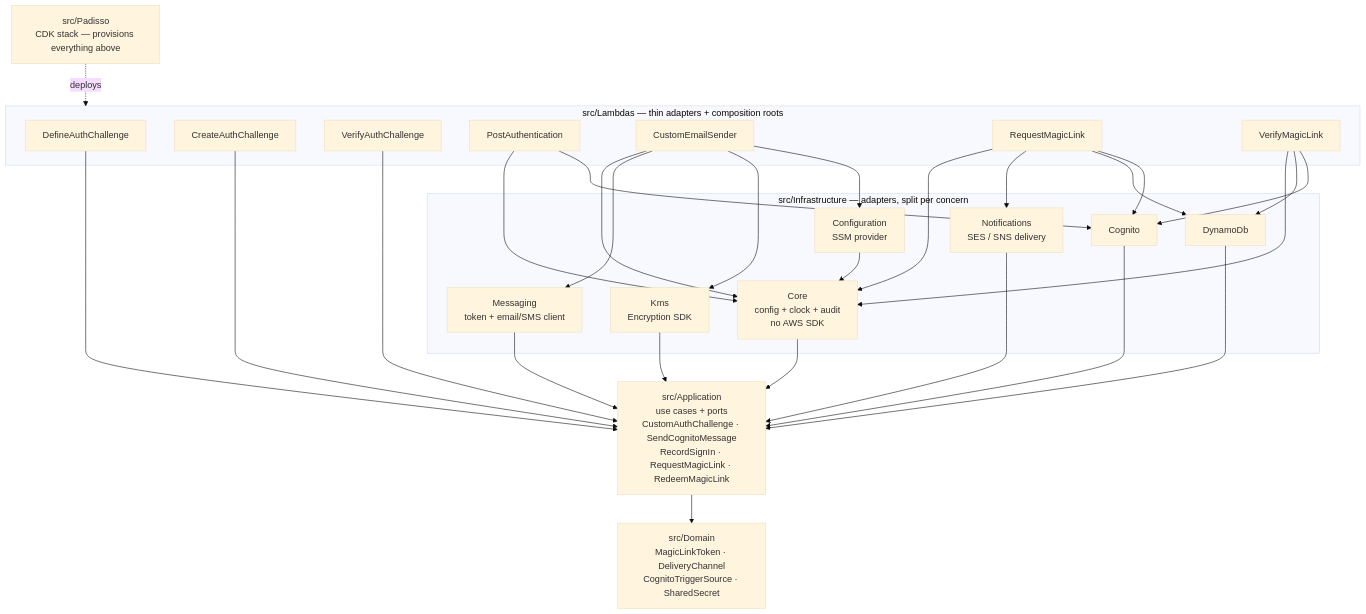
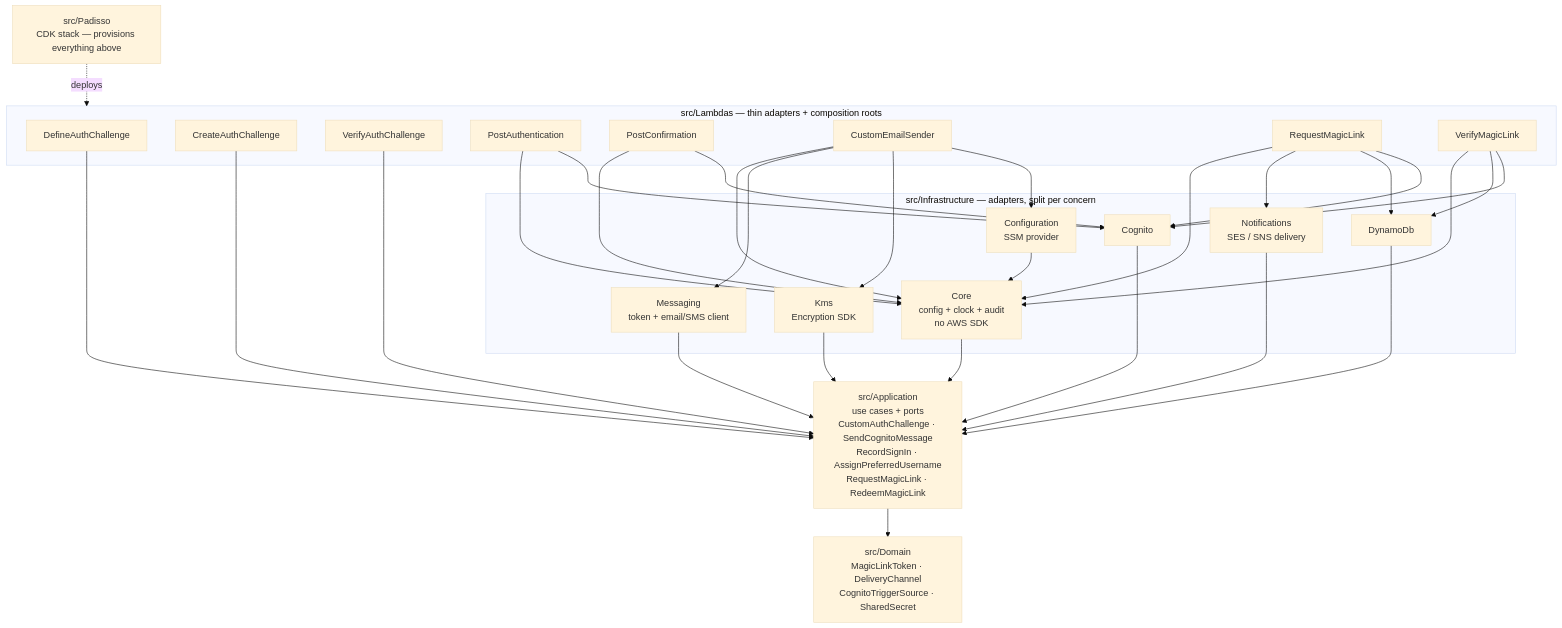
One commit to minhthanhnguyen/PADISSOPOC changed the third of 5 diagrams in PADISSOPOC/docs/architecture.md. Above: the diagram before and after it, drawn with Mermaid (base theme). The commit also changed other lines of this file and 23 other files, not shown here.

````diff
--- a/PADISSOPOC/docs/architecture.md
+++ b/PADISSOPOC/docs/architecture.md
@@ -85,56 +135,59 @@
 ```mermaid
 flowchart TD
     subgraph lam["src/Lambdas — thin adapters + composition roots"]
         L1["DefineAuthChallenge"]
         L2["CreateAuthChallenge"]
         L3["VerifyAuthChallenge"]
         L4["PostAuthentication"]
+        L8["PostConfirmation"]
         L5["CustomEmailSender"]
         L6["RequestMagicLink"]
         L7["VerifyMagicLink"]
     end
 
     subgraph infra["src/Infrastructure — adapters, split per concern"]
         ICore["Core<br/>config + clock + audit<br/>no AWS SDK"]
         ICfg["Configuration<br/>SSM provider"]
         ICog["Cognito"]
         IDdb["DynamoDb"]
         IKms["Kms<br/>Encryption SDK"]
         IMsg["Messaging<br/>token + email/SMS client"]
         INot["Notifications<br/>SES / SNS delivery"]
     end
 
-    APP["src/Application<br/>use cases + ports<br/>CustomAuthChallenge · SendCognitoMessage<br/>RecordSignIn · RequestMagicLink · RedeemMagicLink"]
+    APP["src/Application<br/>use cases + ports<br/>CustomAuthChallenge · SendCognitoMessage<br/>RecordSignIn · AssignPreferredUsername<br/>RequestMagicLink · RedeemMagicLink"]
     DOM["src/Domain<br/>MagicLinkToken · DeliveryChannel<br/>CognitoTriggerSource · SharedSecret"]
 
     CDK["src/Padisso<br/>CDK stack — provisions everything above"]
 
     L1 --> APP
     L2 --> APP
     L3 --> APP
     L4 --> ICog
     L5 --> ICfg
     L5 --> IKms
     L5 --> IMsg
     L6 --> ICog
     L6 --> IDdb
     L6 --> INot
     L7 --> ICog
     L7 --> IDdb
 
+    L8 --> ICog
+    L8 --> ICore
     L4 --> ICore
     L5 --> ICore
     L6 --> ICore
     L7 --> ICore
 
     ICore --> APP
     ICfg --> ICore
     ICog --> APP
     IDdb --> APP
     IKms --> APP
     IMsg --> APP
     INot --> APP
     APP --> DOM
 
     CDK -.->|deploys| lam
 ```
````
